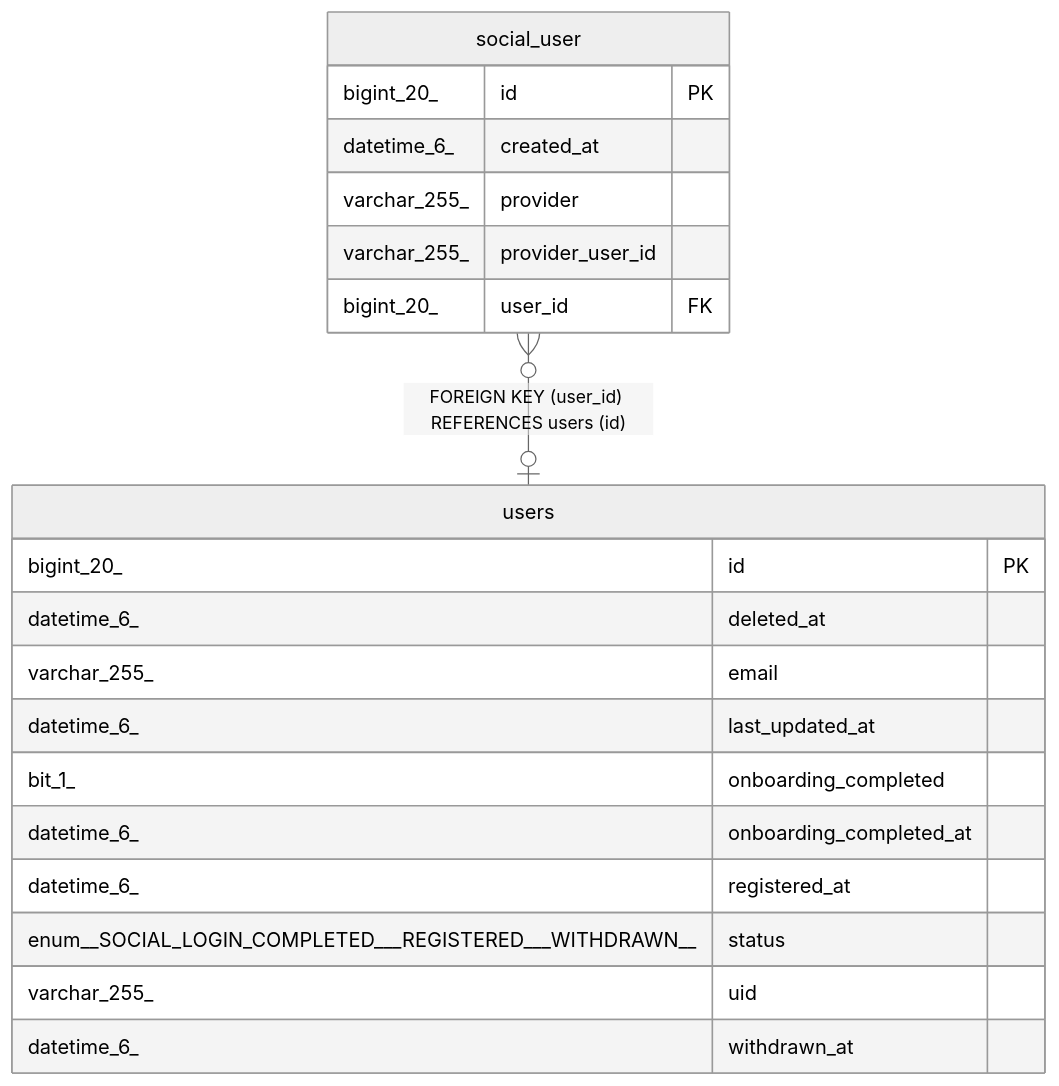
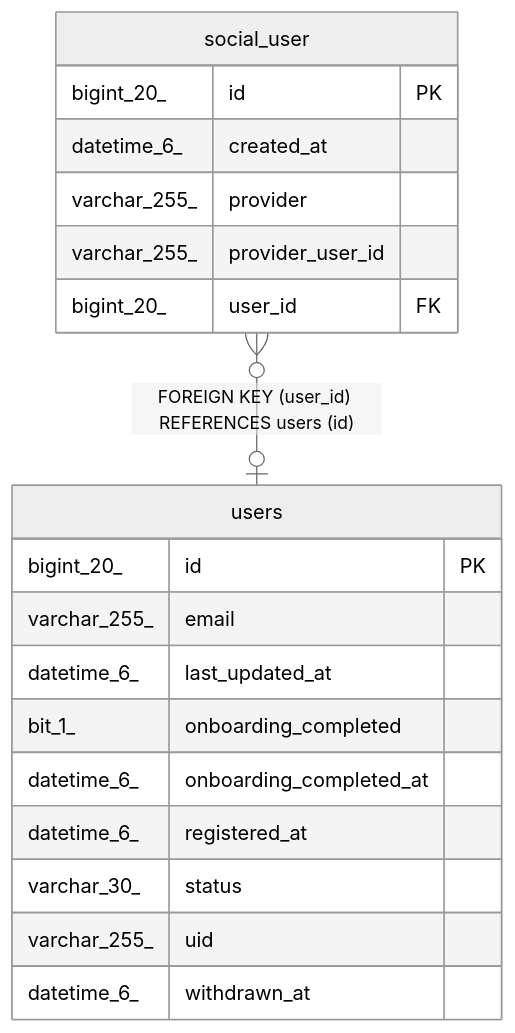
The diagram in docs/schema/social_user.md (makevook/vook-server), drawn with Mermaid (neutral theme) before and after one commit. The commit also changed other lines of this file and 8 other files, not shown here.

Commit message:
docs: schema 업데이트

````diff
--- a/docs/schema/social_user.md
+++ b/docs/schema/social_user.md
@@ -49,25 +49,24 @@
 ```mermaid
 erDiagram
 
 "social_user" }o--o| "users" : "FOREIGN KEY (user_id) REFERENCES users (id)"
 
 "social_user" {
   bigint_20_ id PK
   datetime_6_ created_at
   varchar_255_ provider
   varchar_255_ provider_user_id
   bigint_20_ user_id FK
 }
 "users" {
   bigint_20_ id PK
-  datetime_6_ deleted_at
   varchar_255_ email
   datetime_6_ last_updated_at
   bit_1_ onboarding_completed
   datetime_6_ onboarding_completed_at
   datetime_6_ registered_at
-  enum__SOCIAL_LOGIN_COMPLETED___REGISTERED___WITHDRAWN__ status
+  varchar_30_ status
   varchar_255_ uid
   datetime_6_ withdrawn_at
 }
 ```
````
